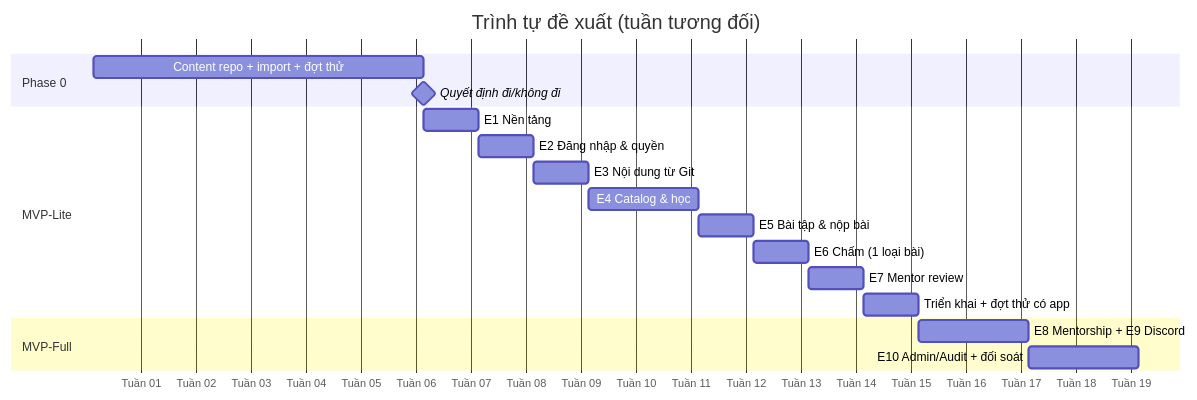
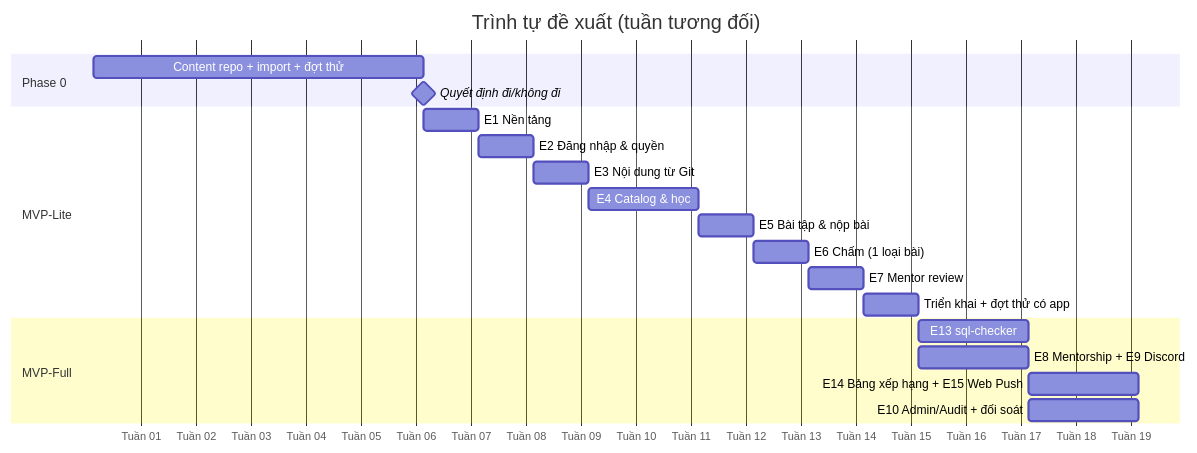
Before and after one commit to hcmute-dsc/learning-hub-docs: the diagram in docs/product/MVP-BACKLOG.md, drawn with Mermaid. The commit also changed other lines of this file and 10 other files, not shown here.

````diff
--- a/docs/product/MVP-BACKLOG.md
+++ b/docs/product/MVP-BACKLOG.md
@@ -126,21 +152,23 @@
 ```mermaid
 gantt
   dateFormat  YYYY-MM-DD
   title Trình tự đề xuất (tuần tương đối)
   axisFormat  Tuần %W
   section Phase 0
   Content repo + import + đợt thử      :p0, 2027-01-04, 6w
   Quyết định đi/không đi               :milestone, m0, after p0, 0d
   section MVP-Lite
   E1 Nền tảng                           :e1, after p0, 1w
   E2 Đăng nhập & quyền                  :e2, after e1, 1w
   E3 Nội dung từ Git                    :e3, after e2, 1w
   E4 Catalog & học                      :e4, after e3, 2w
   E5 Bài tập & nộp bài                  :e5, after e4, 1w
   E6 Chấm (1 loại bài)                  :e6, after e5, 1w
   E7 Mentor review                      :e7, after e6, 1w
   Triển khai + đợt thử có app           :e11, after e7, 1w
   section MVP-Full
+  E13 sql-checker                       :e13, after e11, 2w
   E8 Mentorship + E9 Discord            :e8, after e11, 2w
-  E10 Admin/Audit + đối soát            :e10, after e8, 2w
+  E14 Bảng xếp hạng + E15 Web Push      :e14, after e8, 2w
+  E10 Admin/Audit + đối soát            :e10, after e13, 2w
 ```
````
